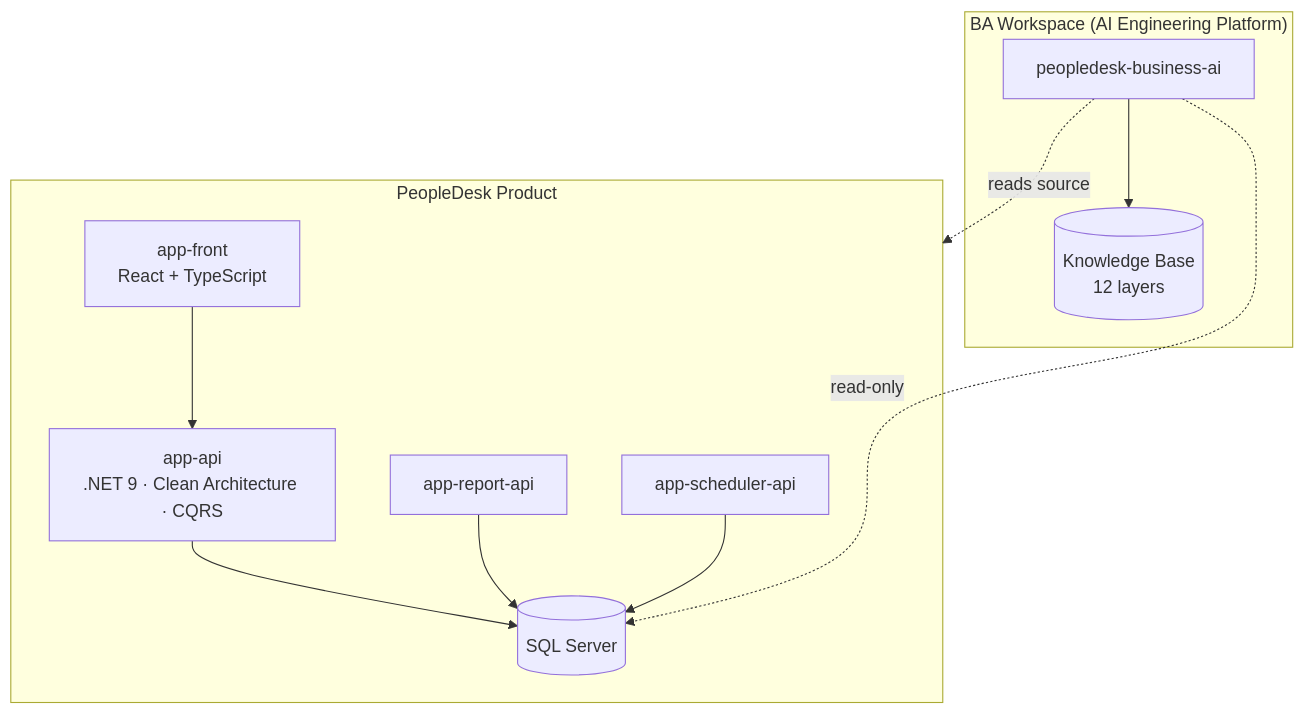
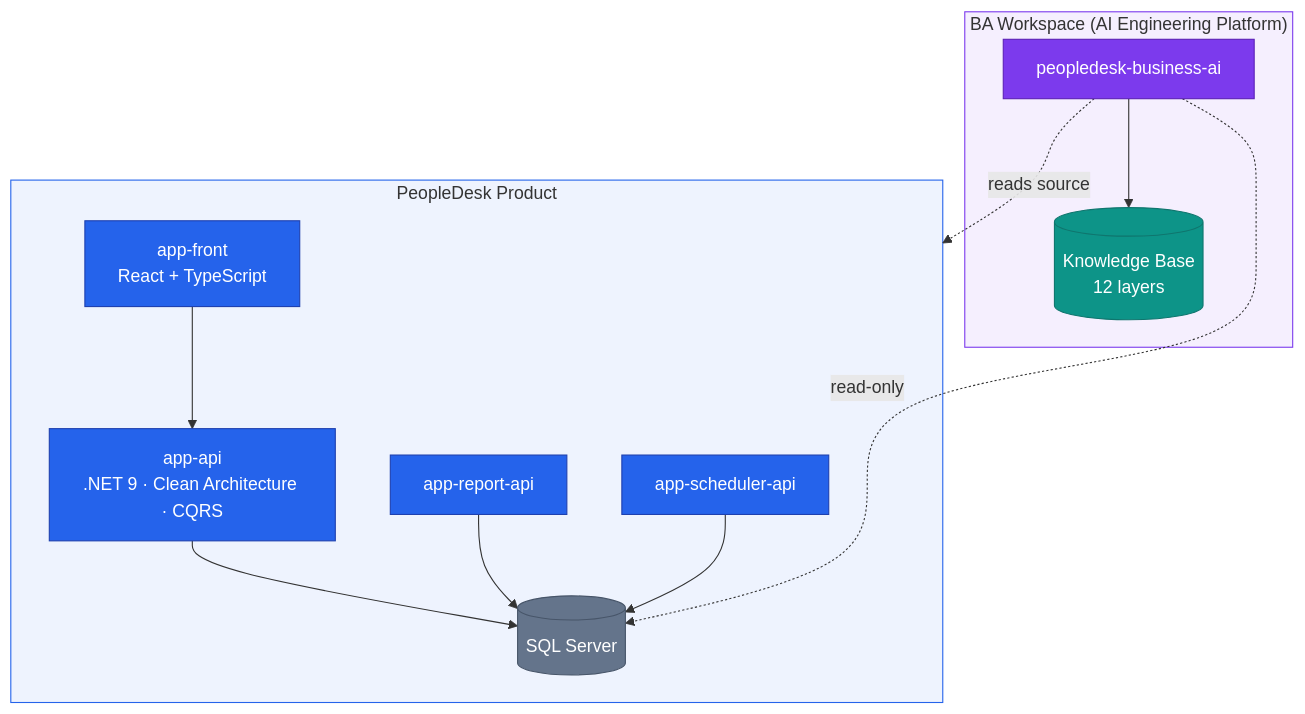
The first of 6 diagrams in peopledesk-ba-workspace/README.md (peopledesk-app/engineering-blueprint), drawn with Mermaid before and after one commit. The commit also changed other lines of this file, not shown here.

First line of the commit message:
Color-code all diagrams with a consistent semantic palette

````diff
--- a/peopledesk-ba-workspace/README.md
+++ b/peopledesk-ba-workspace/README.md
@@ -28,25 +28,36 @@
 ```mermaid
 flowchart TB
 
 subgraph Product["PeopleDesk Product"]
     FE[app-front<br/>React + TypeScript]
     API[app-api<br/>.NET 9 · Clean Architecture · CQRS]
     RPT[app-report-api]
     SCH[app-scheduler-api]
     DB[(SQL Server)]
 end
 
 subgraph AI["BA Workspace (AI Engineering Platform)"]
     BAI[peopledesk-business-ai]
     KB[(Knowledge Base<br/>12 layers)]
 end
 
 FE --> API
 API --> DB
 RPT --> DB
 SCH --> DB
 
 BAI --> KB
 BAI -.reads source.-> Product
 BAI -.read-only.-> DB
+
+classDef env fill:#2563EB,stroke:#1E40AF,color:#FFFFFF
+classDef ai fill:#7C3AED,stroke:#5B21B6,color:#FFFFFF
+classDef kb fill:#0D9488,stroke:#0F766E,color:#FFFFFF
+classDef db fill:#64748B,stroke:#475569,color:#FFFFFF
+class FE,API,RPT,SCH env
+class DB db
+class BAI ai
+class KB kb
+style Product fill:#2563EB14,stroke:#2563EB
+style AI fill:#7C3AED14,stroke:#7C3AED
 ```
````
